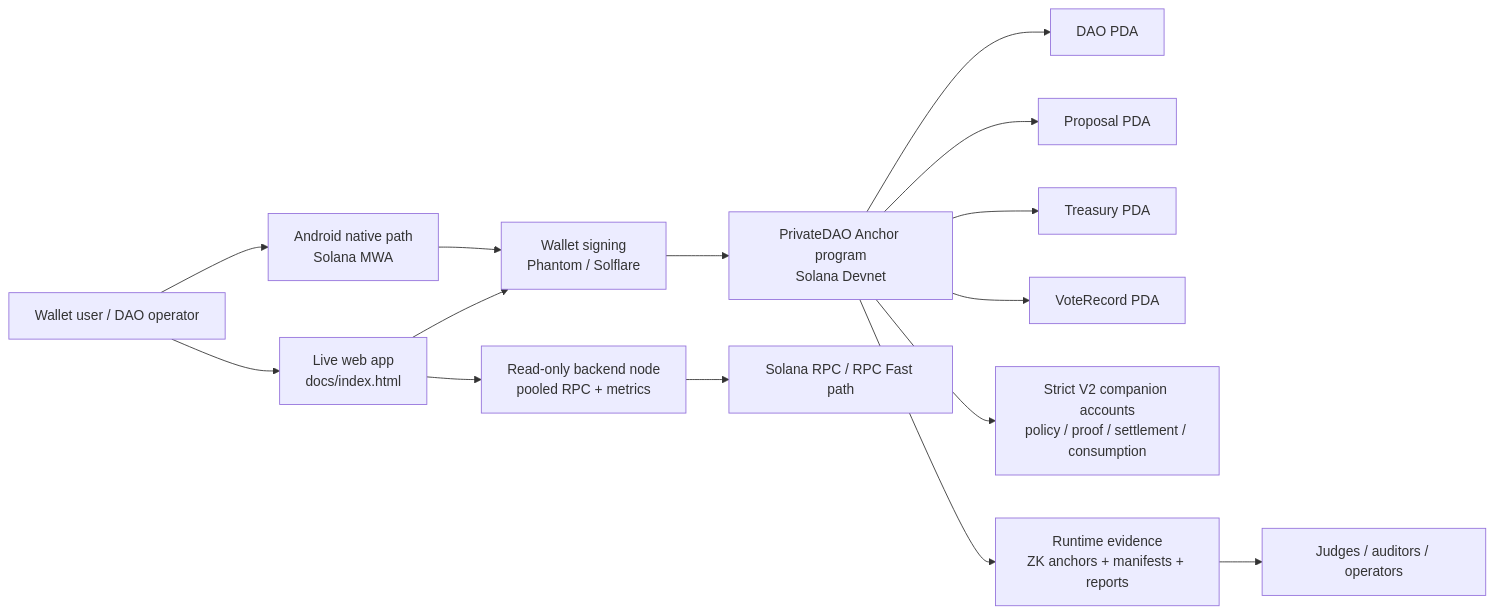
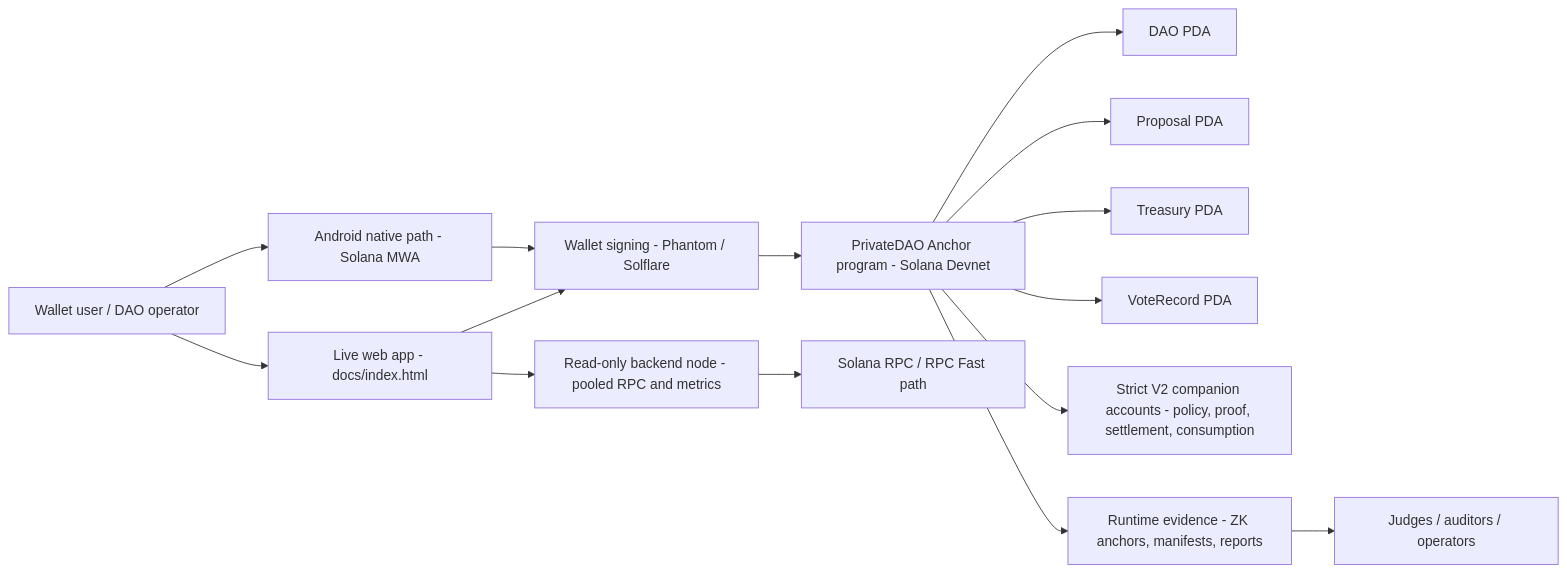
One commit to X-PACT/PrivateDAO changed the first of 2 diagrams in README.md. Above: the diagram before and after it, drawn with Mermaid. The commit also changed other lines of this file, not shown here.

Commit message:
docs(readme): use renderer-safe diagrams

````diff
--- a/README.md
+++ b/README.md
@@ -106,17 +106,17 @@
 ```mermaid
 flowchart LR
-  User[Wallet user / DAO operator] --> Frontend[Live web app<br/>docs/index.html]
-  User --> Android[Android native path<br/>Solana MWA]
-  Frontend --> Wallet[Wallet signing<br/>Phantom / Solflare]
+  User["Wallet user / DAO operator"] --> Frontend["Live web app - docs/index.html"]
+  User --> Android["Android native path - Solana MWA"]
+  Frontend --> Wallet["Wallet signing - Phantom / Solflare"]
   Android --> Wallet
-  Wallet --> Program[PrivateDAO Anchor program<br/>Solana Devnet]
-  Program --> DAO[DAO PDA]
-  Program --> Proposal[Proposal PDA]
-  Program --> Treasury[Treasury PDA]
-  Program --> VoteRecord[VoteRecord PDA]
-  Program --> StrictV2[Strict V2 companion accounts<br/>policy / proof / settlement / consumption]
-  Frontend --> ReadNode[Read-only backend node<br/>pooled RPC + metrics]
-  ReadNode --> RPC[Solana RPC / RPC Fast path]
-  Program --> Evidence[Runtime evidence<br/>ZK anchors + manifests + reports]
-  Evidence --> Reviewers[Judges / auditors / operators]
+  Wallet --> Program["PrivateDAO Anchor program - Solana Devnet"]
+  Program --> DAO["DAO PDA"]
+  Program --> Proposal["Proposal PDA"]
+  Program --> Treasury["Treasury PDA"]
+  Program --> VoteRecord["VoteRecord PDA"]
+  Program --> StrictV2["Strict V2 companion accounts - policy, proof, settlement, consumption"]
+  Frontend --> ReadNode["Read-only backend node - pooled RPC and metrics"]
+  ReadNode --> RPC["Solana RPC / RPC Fast path"]
+  Program --> Evidence["Runtime evidence - ZK anchors, manifests, reports"]
+  Evidence --> Reviewers["Judges / auditors / operators"]
 ```
````
